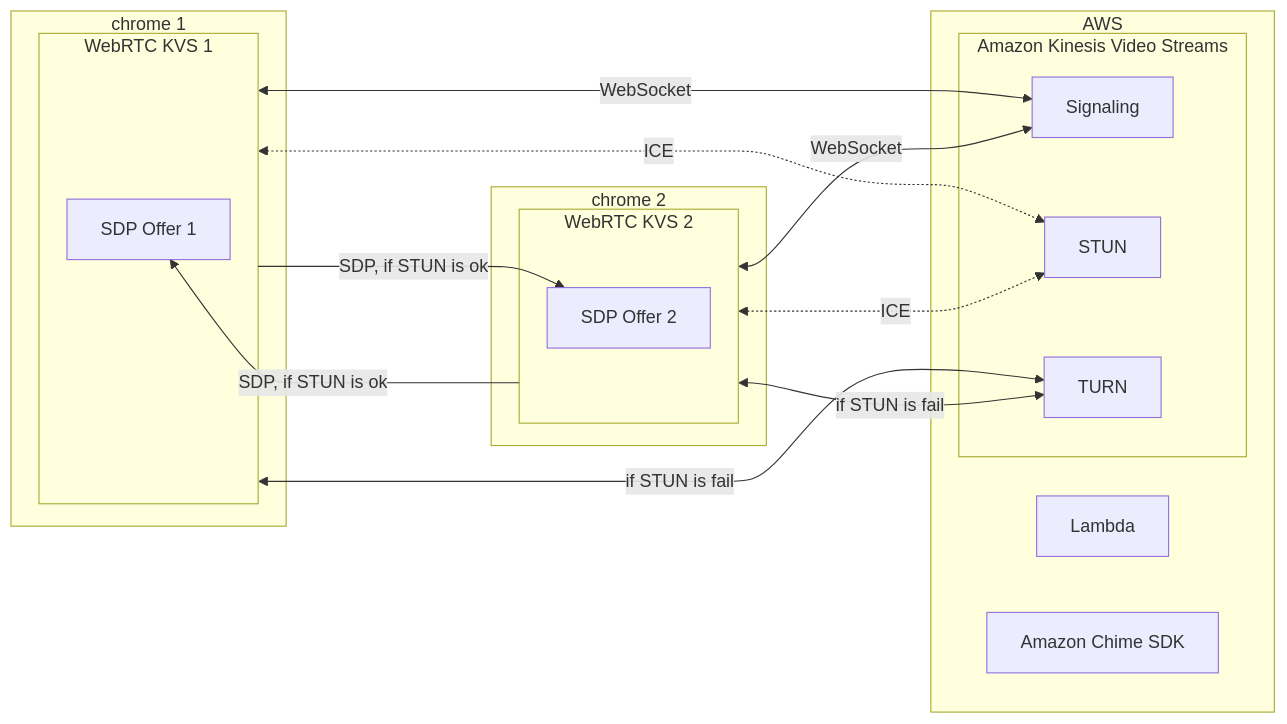
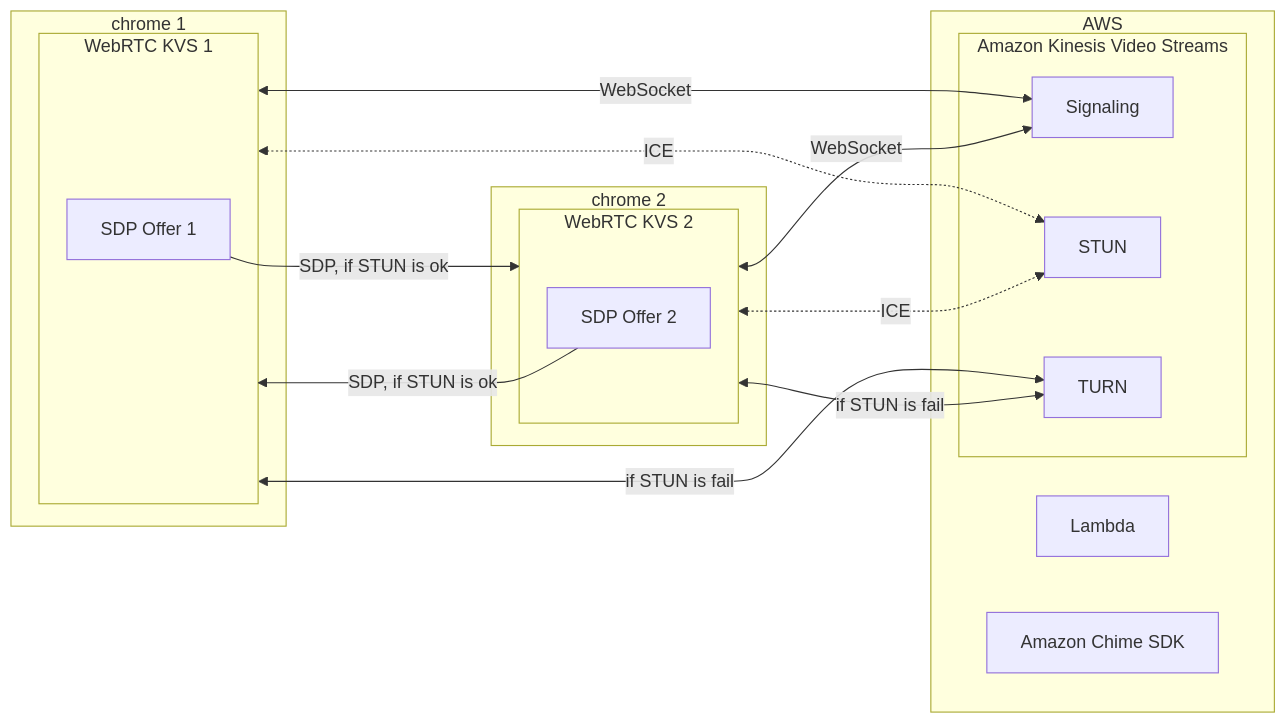
The diagram in helper_AmazonKinesisVideoStreams.md (lankahsu520/HelperX), drawn with Mermaid before and after one commit. The commit also changed 1 other file, not shown here.

Commit message:
update helper_AmazonChime.md and helper_AmazonKinesisVideoStreams.md

````diff
--- a/helper_AmazonKinesisVideoStreams.md
+++ b/helper_AmazonKinesisVideoStreams.md
@@ -37,36 +37,36 @@
 ```mermaid
 graph LR
 
 	subgraph AWS
 		subgraph kvs[Amazon Kinesis Video Streams]
 			Signaling[Signaling] 
 			STUN[STUN]
 			TURN[TURN]
 		end
 		Lambda
 		ChimeSDK[Amazon Chime SDK]
 	end
 
   subgraph chrome1[chrome 1]
     subgraph KVS-WebRTC1[WebRTC KVS 1]
       SDP1[SDP Offer 1]
     end
   end
 
   subgraph chrome2[chrome 2]
     subgraph KVS-WebRTC2[WebRTC KVS 2]
       SDP2[SDP Offer 2]
     end
   end
 	
 	KVS-WebRTC1 <--> |WebSocket|Signaling
 	KVS-WebRTC2 <--> |WebSocket|Signaling
 	
-	KVS-WebRTC1 --> |SDP, if STUN is ok|SDP2
-	KVS-WebRTC2 --> |SDP, if STUN is ok|SDP1  
+	SDP2 --> |SDP, if STUN is ok| KVS-WebRTC1
+	SDP1 --> |SDP, if STUN is ok| KVS-WebRTC2  
 	KVS-WebRTC1 <.-> |ICE|STUN
 	KVS-WebRTC2 <.-> |ICE|STUN
 	
 	KVS-WebRTC1 <--> |if STUN is fail|TURN
 	KVS-WebRTC2 <--> |if STUN is fail|TURN
 ```
````
